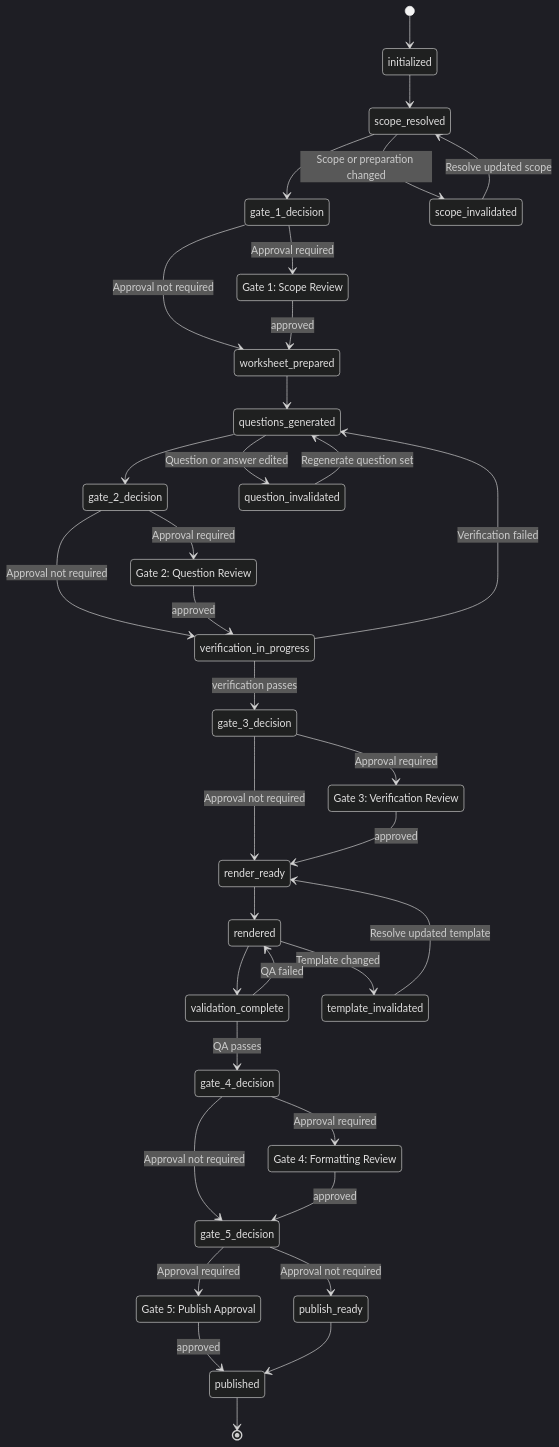
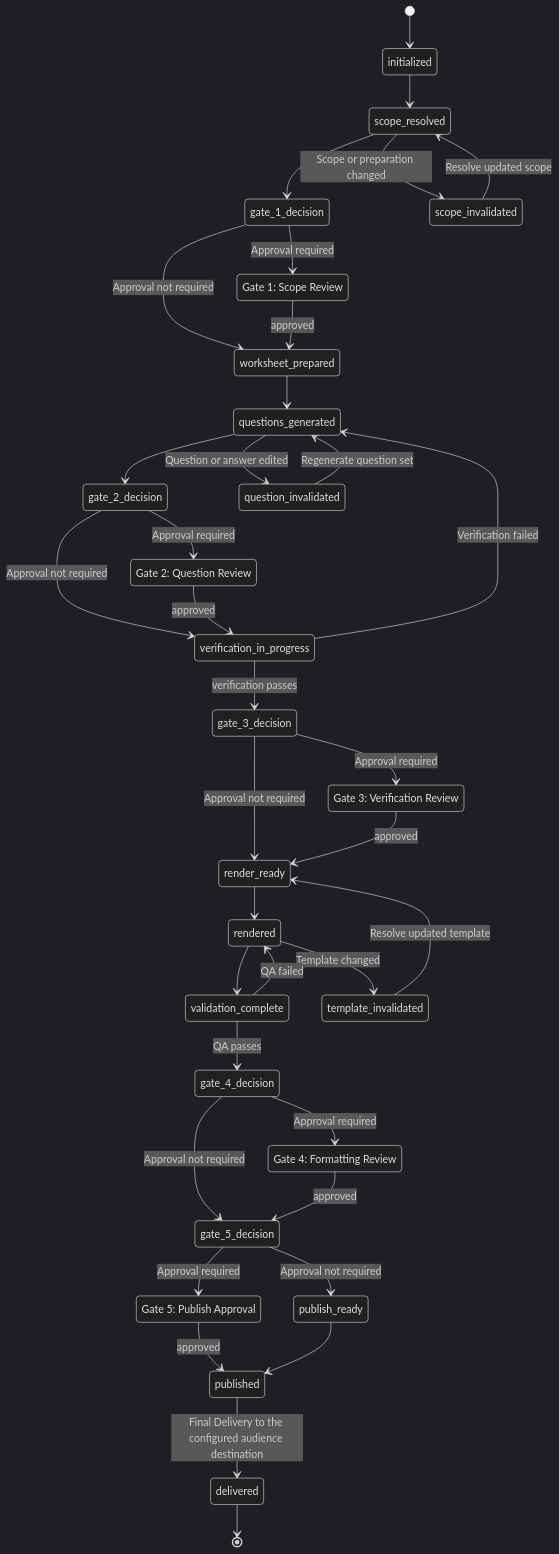
The first of 6 diagrams in specs/generate_math_worksheets/03. design/design.md (kpkchaitanya/mts-crossmodel), drawn with Mermaid (dark theme) before and after one commit. The commit also changed other lines of this file and 14 other files, not shown here.

First line of the commit message:
feat: Implement Final Delivery process for weekly worksheets

````diff
--- a/specs/generate_math_worksheets/03. design/design.md
+++ b/specs/generate_math_worksheets/03. design/design.md
@@ -58,49 +58,50 @@
 ```mermaid
 stateDiagram-v2
   state "Gate 1: Scope Review" as gate_1_pending
   state "Gate 2: Question Review" as gate_2_pending
   state "Gate 3: Verification Review" as gate_3_pending
   state "Gate 4: Formatting Review" as gate_4_pending
   state "Gate 5: Publish Approval" as publish_approval_pending
 
     [*] --> initialized
     initialized --> scope_resolved
     scope_resolved --> gate_1_decision
     state gate_1_decision <<choice>>
     gate_1_decision --> gate_1_pending: Approval required
     gate_1_decision --> worksheet_prepared: Approval not required
     gate_1_pending --> worksheet_prepared: approved
     worksheet_prepared --> questions_generated
     questions_generated --> gate_2_decision
     state gate_2_decision <<choice>>
     gate_2_decision --> gate_2_pending: Approval required
     gate_2_decision --> verification_in_progress: Approval not required
     gate_2_pending --> verification_in_progress: approved
     verification_in_progress --> gate_3_decision: verification passes
     state gate_3_decision <<choice>>
     gate_3_decision --> gate_3_pending: Approval required
     gate_3_decision --> render_ready: Approval not required
     gate_3_pending --> render_ready: approved
     render_ready --> rendered
     rendered --> validation_complete
     validation_complete --> gate_4_decision: QA passes
     state gate_4_decision <<choice>>
     gate_4_decision --> gate_4_pending: Approval required
     gate_4_decision --> gate_5_decision: Approval not required
     gate_4_pending --> gate_5_decision: approved
     state gate_5_decision <<choice>>
     gate_5_decision --> publish_approval_pending: Approval required
     gate_5_decision --> publish_ready: Approval not required
     publish_approval_pending --> published: approved
     publish_ready --> published
-    published --> [*]
+    published --> delivered: Final Delivery to the configured audience destination
+    delivered --> [*]
 
     scope_resolved --> scope_invalidated: Scope or preparation changed
     scope_invalidated --> scope_resolved: Resolve updated scope
     questions_generated --> question_invalidated: Question or answer edited
     question_invalidated --> questions_generated: Regenerate question set
     rendered --> template_invalidated: Template changed
     template_invalidated --> render_ready: Resolve updated template
     verification_in_progress --> questions_generated: Verification failed
     validation_complete --> rendered: QA failed
 ```
````
